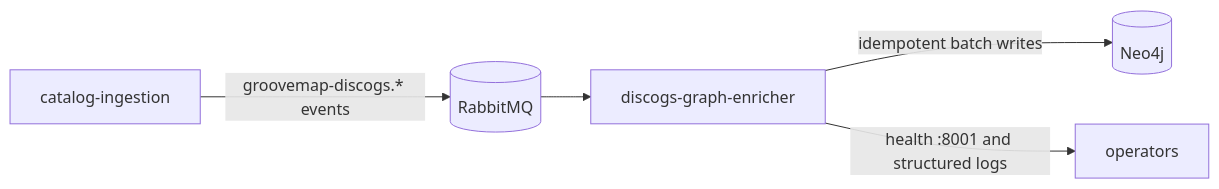
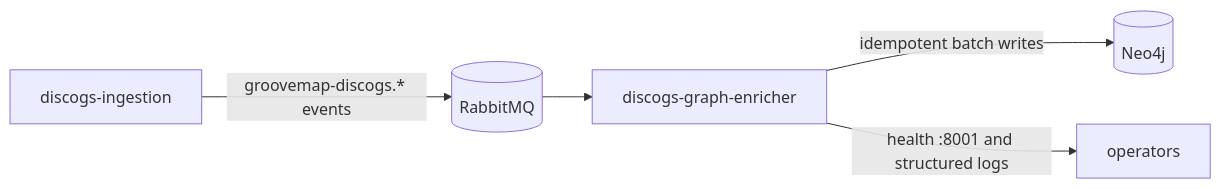
The diagram in README.md (groovemap-music/discogs-graph-enricher), drawn with Mermaid before and after one commit. The commit also changed other lines of this file and 9 other files, not shown here.

````diff
--- a/README.md
+++ b/README.md
@@ -8,7 +8,7 @@
 ```mermaid
 flowchart LR
-    ING[catalog-ingestion] -->|groovemap-discogs.* events| RMQ[(RabbitMQ)]
+    ING[discogs-ingestion] -->|groovemap-discogs.* events| RMQ[(RabbitMQ)]
     RMQ --> DGE[discogs-graph-enricher]
     DGE -->|idempotent batch writes| NEO[(Neo4j)]
     DGE -->|health :8001 and structured logs| OPS[operators]
 ```
````
